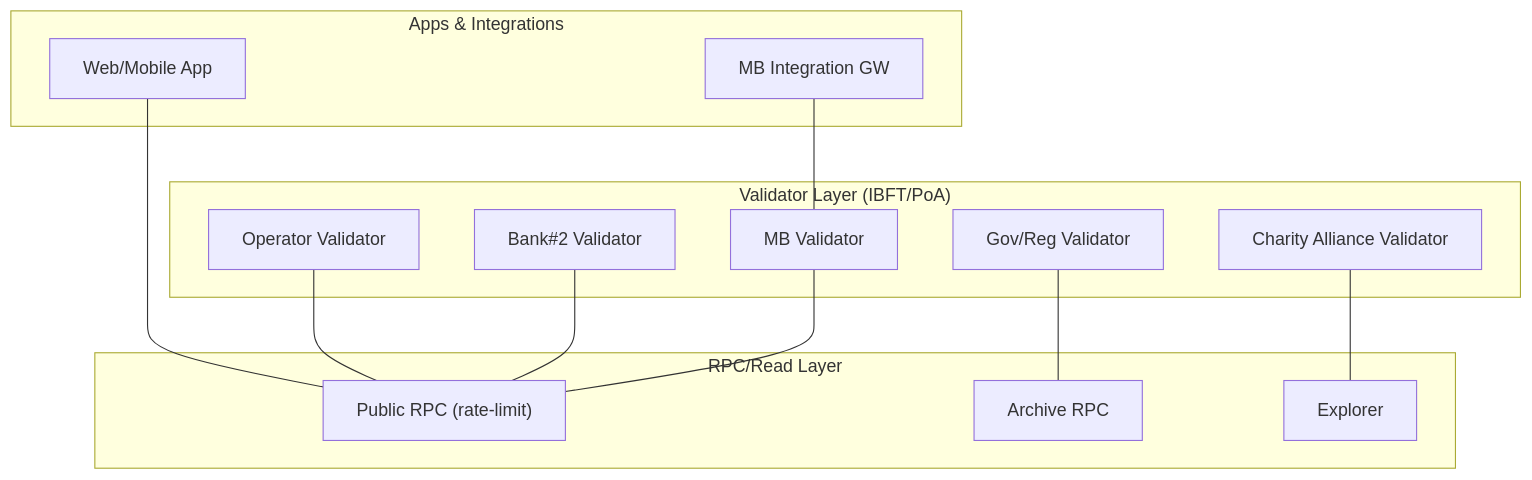
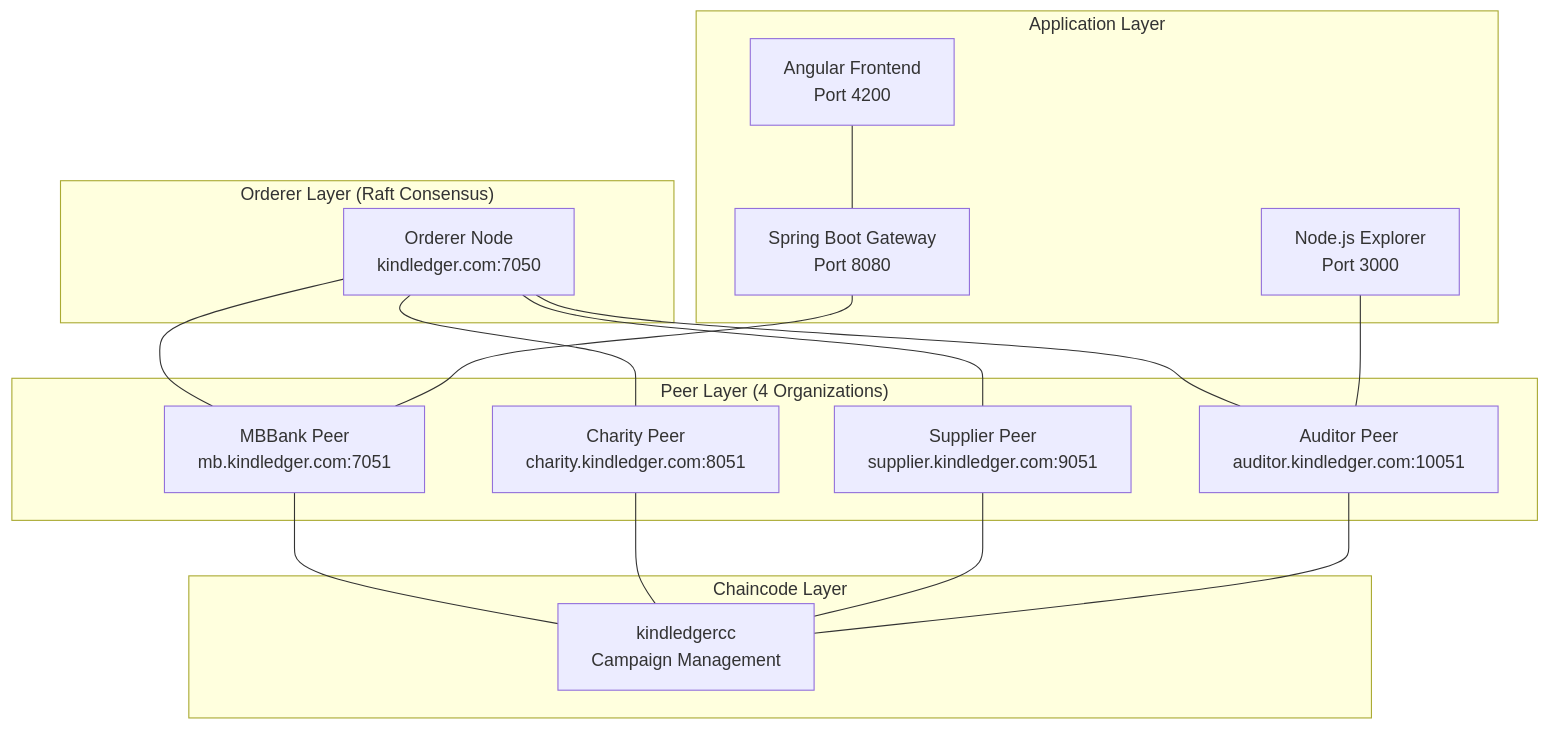
The second of 6 diagrams in documents/intro.md (trunghc97/kind-ledger), drawn with Mermaid before and after one commit. The commit also changed other lines of this file and 146 other files, not shown here.

````diff
--- a/documents/intro.md
+++ b/documents/intro.md
@@ -129,29 +136,35 @@
 ```mermaid
 graph TB
-  subgraph Validators["Validator Layer (IBFT/PoA)"]
-    MBV["MB Validator"]
-    B2V["Bank#2 Validator"]
-    GOVV["Gov/Reg Validator"]
-    CHV["Charity Alliance Validator"]
-    OPV["Operator Validator"]
+  subgraph OrdererLayer["Orderer Layer (Raft Consensus)"]
+    Orderer["Orderer Node<br/>kindledger.com:7050"]
   end
 
-  subgraph RPC["RPC/Read Layer"]
-    RP1["Public RPC (rate-limit)"]
-    RP2["Archive RPC"]
-    EX["Explorer"]
+  subgraph PeerLayer["Peer Layer (4 Organizations)"]
+    MBP["MBBank Peer<br/>mb.kindledger.com:7051"]
+    CharityP["Charity Peer<br/>charity.kindledger.com:8051"]
+    SupplierP["Supplier Peer<br/>supplier.kindledger.com:9051"]
+    AuditorP["Auditor Peer<br/>auditor.kindledger.com:10051"]
   end
 
-  subgraph Apps["Apps & Integrations"]
-    MBGW["MB Integration GW"]
-    WebApp["Web/Mobile App"]
+  subgraph AppLayer["Application Layer"]
+    Frontend["Angular Frontend<br/>Port 4200"]
+    Gateway["Spring Boot Gateway<br/>Port 8080"]
+    Explorer["Node.js Explorer<br/>Port 3000"]
   end
 
-  MBV---RP1
-  B2V---RP1
-  GOVV---RP2
-  CHV---EX
-  OPV---RP1
-  MBGW---MBV
-  WebApp---RP1
+  subgraph ChaincodeLayer["Chaincode Layer"]
+    KindLedgerCC["kindledgercc<br/>Campaign Management"]
+  end
+
+  Orderer --- MBP
+  Orderer --- CharityP
+  Orderer --- SupplierP
+  Orderer --- AuditorP
+  MBP --- KindLedgerCC
+  CharityP --- KindLedgerCC
+  SupplierP --- KindLedgerCC
+  AuditorP --- KindLedgerCC
+  Gateway --- MBP
+  Frontend --- Gateway
+  Explorer --- AuditorP
 ```
````
